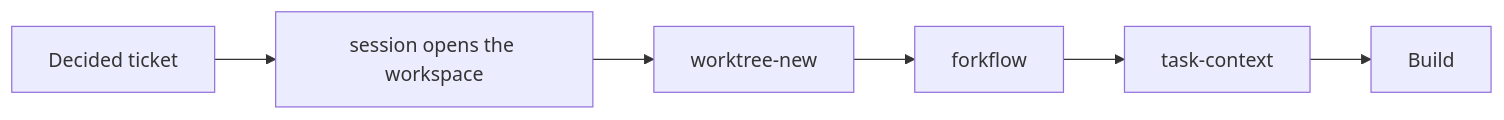
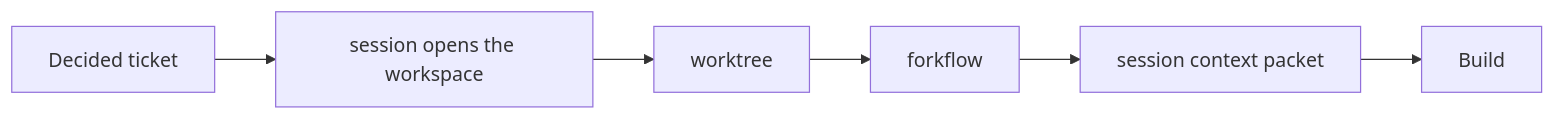
The fourth of 14 diagrams in docs/skill-guide.md (FAZuH/agent), drawn with Mermaid before and after one commit. The commit also changed other lines of this file and 1 other file, not shown here.

````diff
--- a/docs/skill-guide.md
+++ b/docs/skill-guide.md
@@ -86,8 +86,8 @@
 ```mermaid
 flowchart LR
   N[Decided ticket] --> S[session opens the workspace]
-  S --> W[worktree-new]
+  S --> W[worktree]
   W --> F[forkflow]
-  F --> C[task-context]
+  F --> C[session context packet]
   C --> B[Build]
 ```
````
